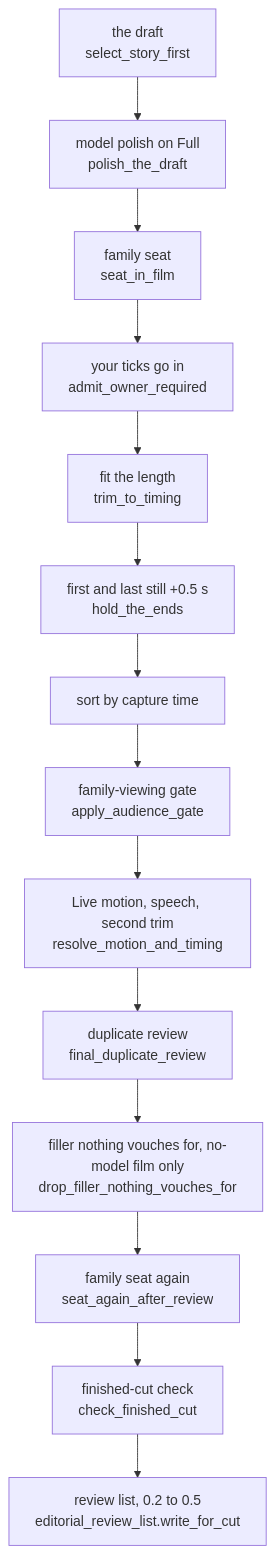
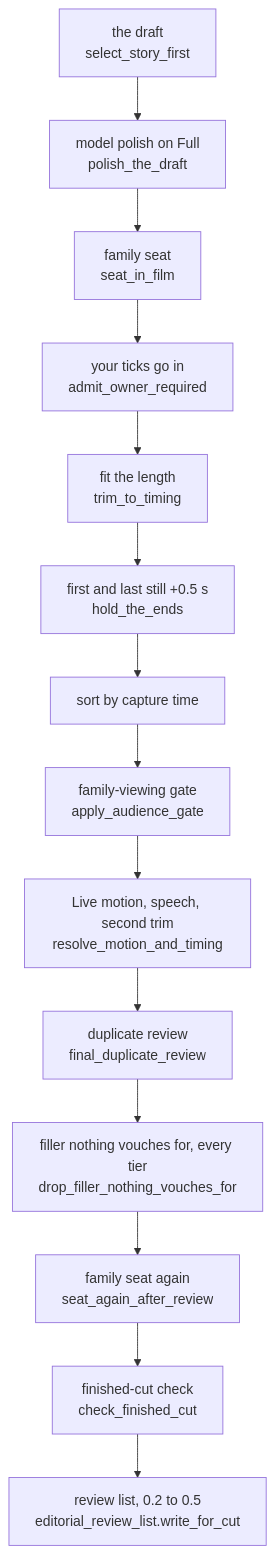
One commit to sam-dumont/immich-memories changed the first of 2 diagrams in docs-site/docs/how-it-chooses/family-audience-duplicates.md. Above: the diagram before and after it, drawn with Mermaid. The commit also changed other lines of this file and 13 other files, not shown here.

First line of the commit message:
fix(editorial): a model polish keeps no filler the no-model film would drop

````diff
--- a/docs-site/docs/how-it-chooses/family-audience-duplicates.md
+++ b/docs-site/docs/how-it-chooses/family-audience-duplicates.md
@@ -22,16 +22,16 @@
 ```mermaid
 flowchart TD
   draft["the draft<br/>select_story_first"] --> polish["model polish on Full<br/>polish_the_draft"]
   polish --> seat["family seat<br/>seat_in_film"]
   seat --> ticks["your ticks go in<br/>admit_owner_required"]
   ticks --> trim["fit the length<br/>trim_to_timing"]
   trim --> ends["first and last still +0.5 s<br/>hold_the_ends"]
   ends --> sort["sort by capture time"]
   sort --> gate["family-viewing gate<br/>apply_audience_gate"]
   gate --> motion["Live motion, speech, second trim<br/>resolve_motion_and_timing"]
   motion --> dup["duplicate review<br/>final_duplicate_review"]
-  dup --> filler["filler nothing vouches for, no-model film only<br/>drop_filler_nothing_vouches_for"]
+  dup --> filler["filler nothing vouches for, every tier<br/>drop_filler_nothing_vouches_for"]
   filler --> again["family seat again<br/>seat_again_after_review"]
   again --> check["finished-cut check<br/>check_finished_cut"]
   check --> review["review list, 0.2 to 0.5<br/>editorial_review_list.write_for_cut"]
 ```
````
